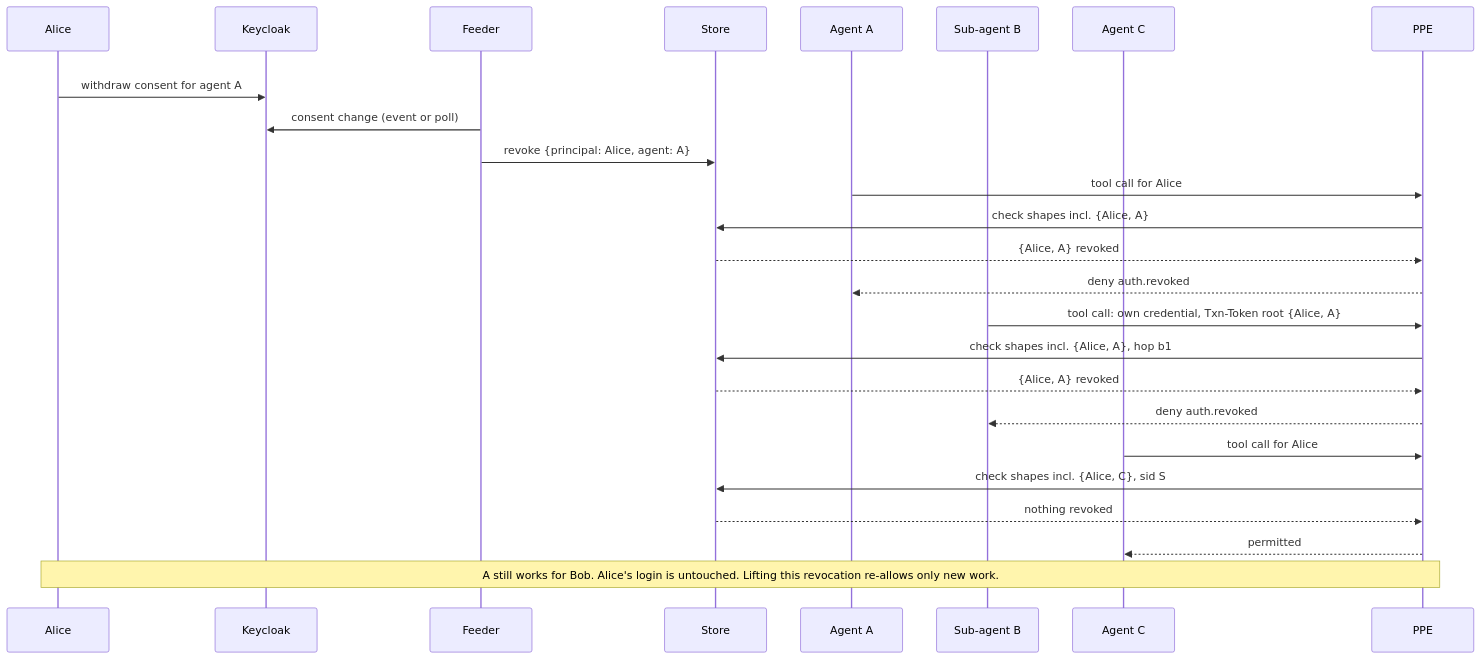
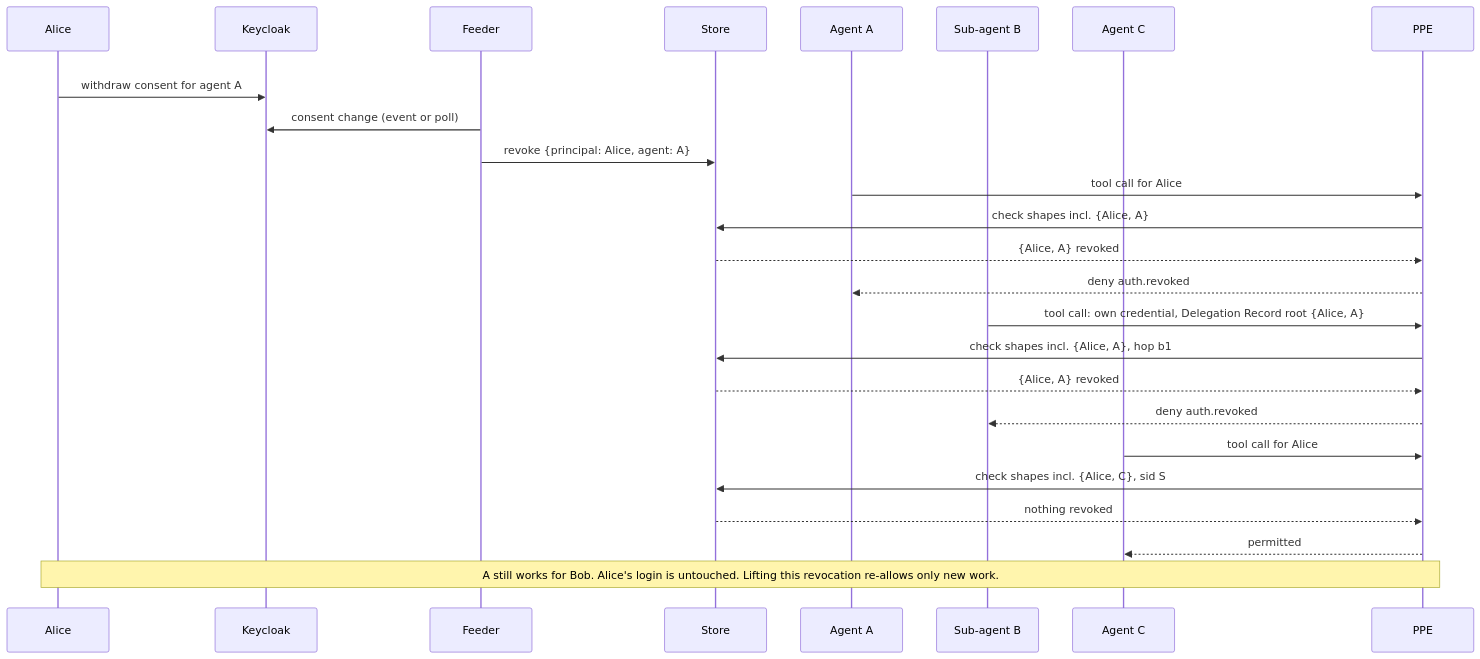
The fifth of 9 diagrams in docs/brainstorms/2026-10-26-revocation-transaction-tokens-requirements.md (praxis-proxy/policy), drawn with Mermaid before and after one commit. The commit also changed other lines of this file, not shown here.

Commit message:
docs(revocation): introduce delegation record for cross agent delegation

````diff
--- a/docs/brainstorms/2026-10-26-revocation-transaction-tokens-requirements.md
+++ b/docs/brainstorms/2026-10-26-revocation-transaction-tokens-requirements.md
@@ -554,30 +598,30 @@
 ```mermaid
 %%{init: {"theme": "default", "themeVariables": {"background": "#ffffff"}}}%%
 sequenceDiagram
     participant U as Alice
     participant K as Keycloak
     participant F as Feeder
     participant S as Store
     participant A as Agent A
     participant B as Sub-agent B
     participant C as Agent C
     participant P as PPE
     rect rgb(255, 255, 255)
         U->>K: withdraw consent for agent A
         F->>K: consent change (event or poll)
         F->>S: revoke {principal: Alice, agent: A}
         A->>P: tool call for Alice
         P->>S: check shapes incl. {Alice, A}
         S-->>P: {Alice, A} revoked
         P-->>A: deny auth.revoked
-        B->>P: tool call: own credential, Txn-Token root {Alice, A}
+        B->>P: tool call: own credential, Delegation Record root {Alice, A}
         P->>S: check shapes incl. {Alice, A}, hop b1
         S-->>P: {Alice, A} revoked
         P-->>B: deny auth.revoked
         C->>P: tool call for Alice
         P->>S: check shapes incl. {Alice, C}, sid S
         S-->>P: nothing revoked
         P-->>C: permitted
         Note over U,P: A still works for Bob. Alice's login is untouched. Lifting this revocation re-allows only new work.
     end
 ```
````
